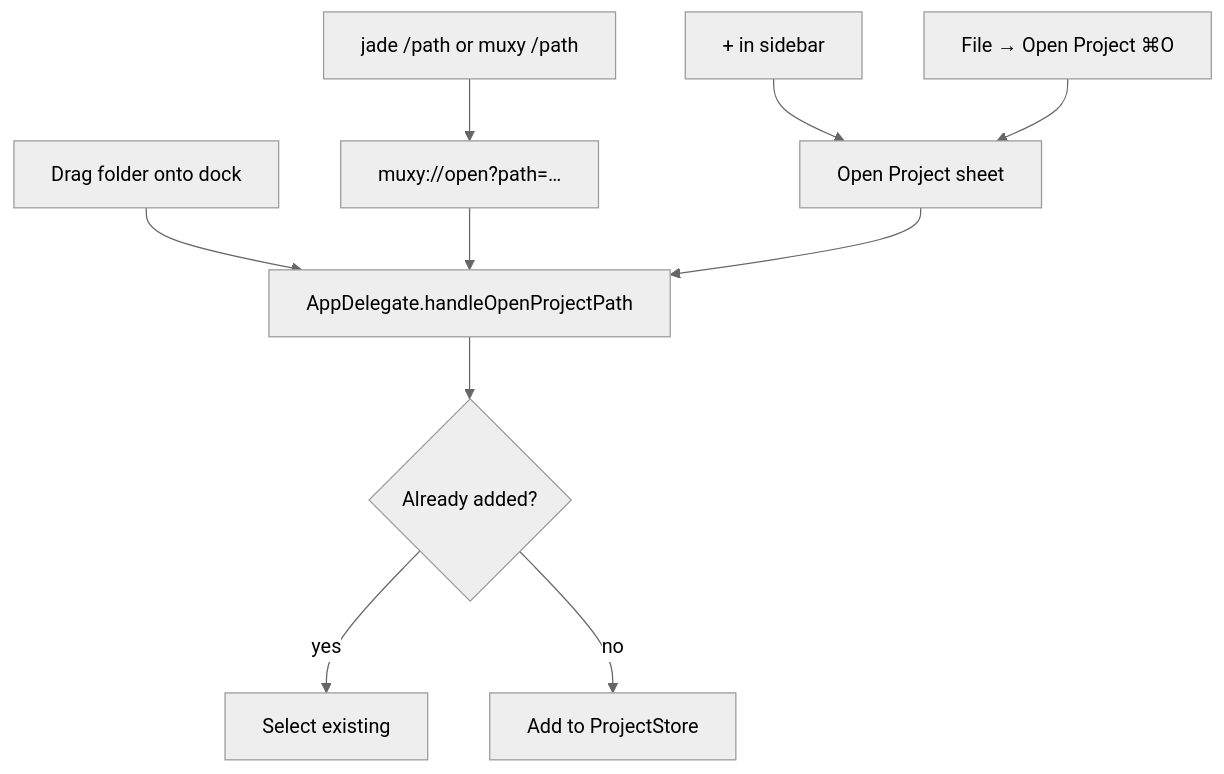
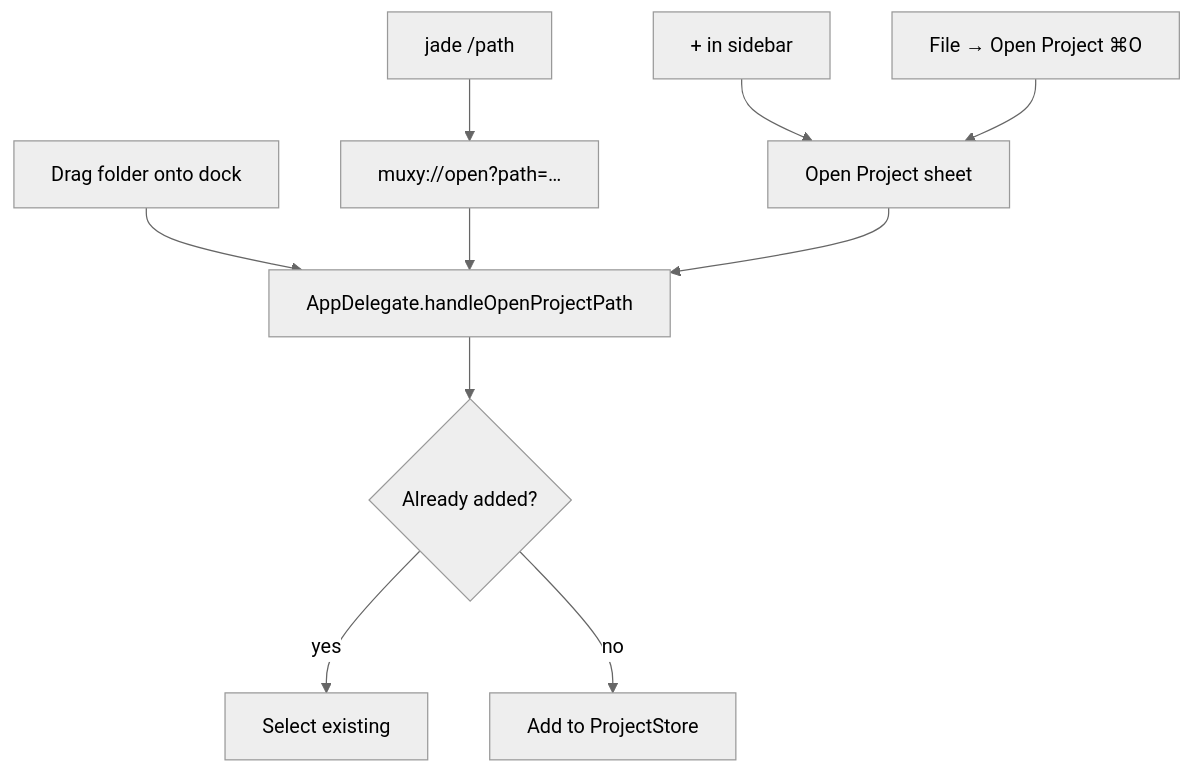
The diagram in docs/features/projects.md (dot-RealityTest/jade), drawn with Mermaid (neutral theme) before and after one commit. The commit also changed other lines of this file and 10 other files, not shown here.

First line of the commit message:
Drop muxy CLI alias and Homebrew cask install docs.

````diff
--- a/docs/features/projects.md
+++ b/docs/features/projects.md
@@ -15,12 +15,12 @@
 ```mermaid
 flowchart TB
   Plus["+ in sidebar"] --> Open[Open Project sheet]
   Menu["File → Open Project ⌘O"] --> Open
   Drag[Drag folder onto dock] --> Handler
-  CLI["jade /path or muxy /path"] --> URL["muxy://open?path=…"]
+  CLI["jade /path"] --> URL["muxy://open?path=…"]
   URL --> Handler[AppDelegate.handleOpenProjectPath]
   Open --> Handler
   Handler --> Dedupe{Already added?}
   Dedupe -->|yes| Activate[Select existing]
   Dedupe -->|no| Add[Add to ProjectStore]
 ```
````
